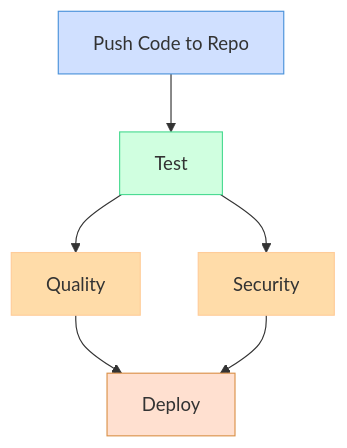
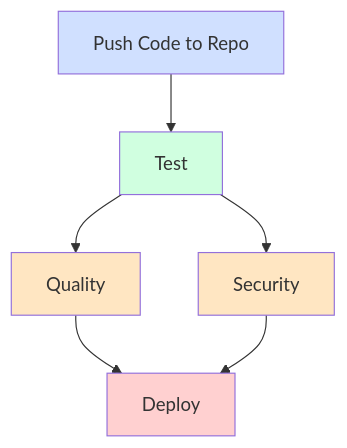
The diagram in README.md (wolkwork/ci-cd-pipeline), drawn with Mermaid before and after one commit. The commit also changed 1 other file, not shown here.

````diff
--- a/README.md
+++ b/README.md
@@ -16,14 +16,14 @@
 ```mermaid
 flowchart TD
     A[Push Code to Repo] --> B[Test]
     B --> C[Quality]
     B --> D[Security]
     C --> E[Deploy]
     D --> E
 
-    style A fill:#d0e0ff,stroke:#4c93db
-    style B fill:#d0ffe0,stroke:#4cdb93
-    style C fill:#ffdca9,stroke:#ffcc99
-    style D fill:#ffdca9,stroke:#ffcc99
-    style E fill:#ffe0d0,stroke:#db934c
+    style A fill:#d0e0ff
+    style B fill:#d0ffe0
+    style C fill:#ffe6c2
+    style D fill:#ffe6c2
+    style E fill:#ffd0d0
 ```
````
